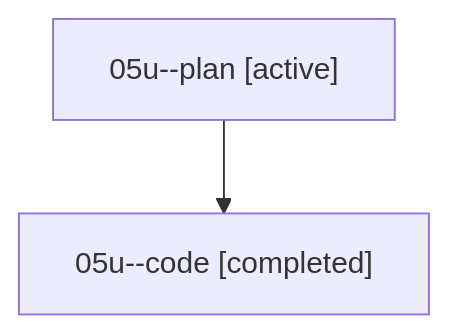
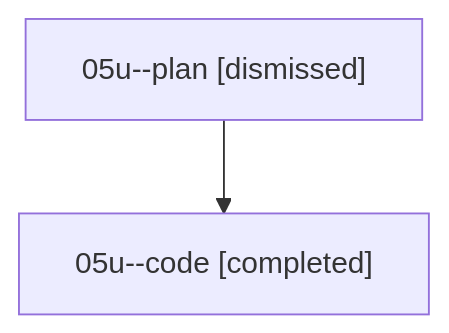
The diagram in sessions/bbugyi200.athena.05u.md (sase-org/sase--agents), drawn with Mermaid before and after one commit. The commit also changed other lines of this file and 43 other files, not shown here.

````diff
--- a/sessions/bbugyi200.athena.05u.md
+++ b/sessions/bbugyi200.athena.05u.md
@@ -9,6 +9,6 @@
 ```mermaid
 flowchart TD
-  n0["05u--plan [active]"]
+  n0["05u--plan [dismissed]"]
   n1["05u--code [completed]"]
   n0 --> n1
 ```
````
